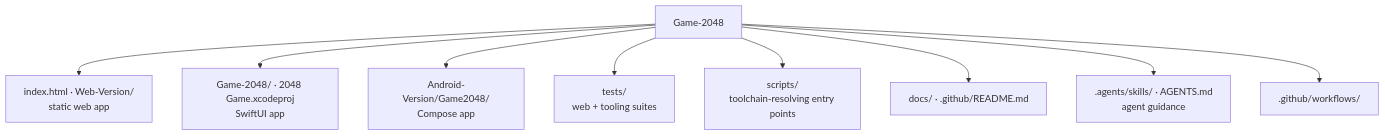
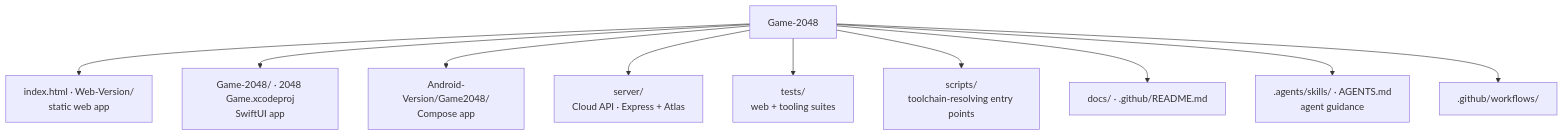
Before and after one commit to hoangsonww/2048-Game: the third of 38 diagrams in ARCHITECTURE.md, drawn with Mermaid. The commit also changed other lines of this file and 29 other files, not shown here.

````diff
--- a/ARCHITECTURE.md
+++ b/ARCHITECTURE.md
@@ -130,13 +130,14 @@
 ```mermaid
 flowchart TD
     Root[Game-2048]
 
     Root --> Web["index.html · Web-Version/<br/>static web app"]
     Root --> IOS["Game-2048/ · 2048 Game.xcodeproj<br/>SwiftUI app"]
     Root --> Droid["Android-Version/Game2048/<br/>Compose app"]
+    Root --> Server["server/<br/>Cloud API · Express + Atlas"]
     Root --> Tests["tests/<br/>web + tooling suites"]
     Root --> Scripts["scripts/<br/>toolchain-resolving entry points"]
     Root --> Docs["docs/ · .github/README.md"]
     Root --> Agents[".agents/skills/ · AGENTS.md<br/>agent guidance"]
     Root --> CI[".github/workflows/"]
 ```
````
